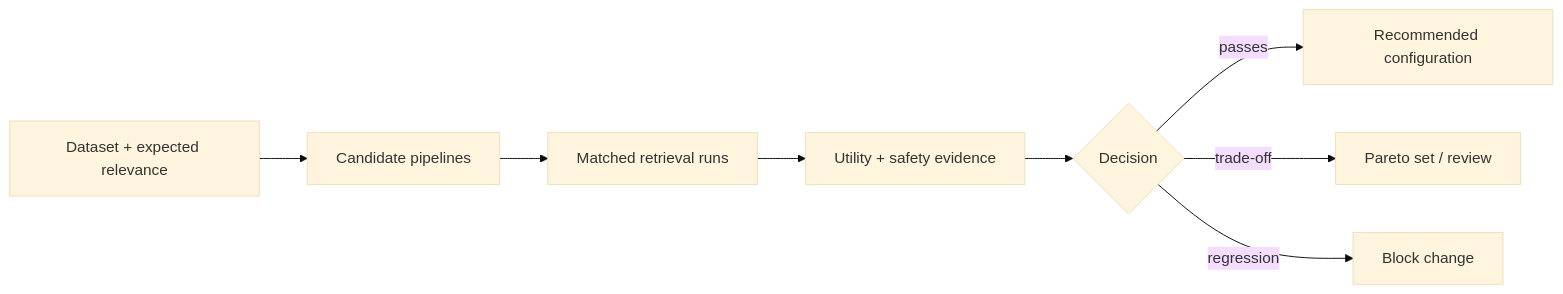
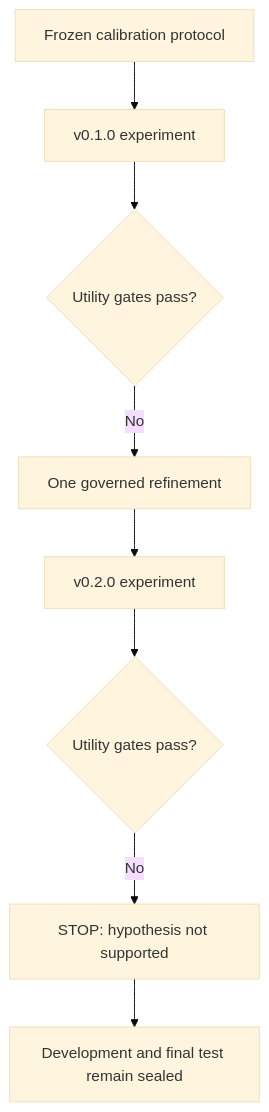
Before and after one commit to Anne07-Ai/normguard: the diagram in README.md, drawn with Mermaid (base theme). The commit also changed other lines of this file, not shown here.

````diff
--- a/README.md
+++ b/README.md
@@ -35,10 +71,10 @@
 ```mermaid
-flowchart LR
-    A["Dataset + expected relevance"] --> B["Candidate pipelines"]
-    B --> C["Matched retrieval runs"]
-    C --> D["Utility + safety evidence"]
-    D --> E{"Decision"}
-    E -->|passes| F["Recommended configuration"]
-    E -->|trade-off| G["Pareto set / review"]
-    E -->|regression| H["Block change"]
+flowchart TD
+    A["Frozen calibration protocol"] --> B["v0.1.0 experiment"]
+    B --> C{"Utility gates pass?"}
+    C -->|No| D["One governed refinement"]
+    D --> E["v0.2.0 experiment"]
+    E --> F{"Utility gates pass?"}
+    F -->|No| G["STOP: hypothesis not supported"]
+    G --> H["Development and final test remain sealed"]
 ```
````
